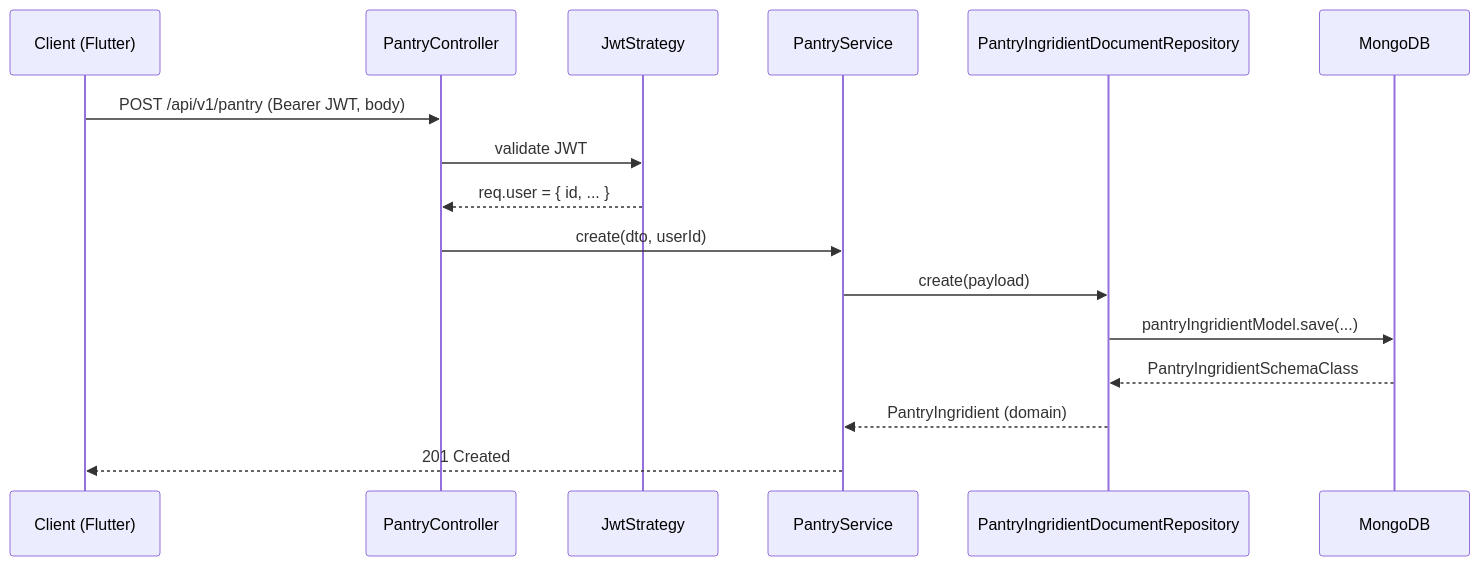
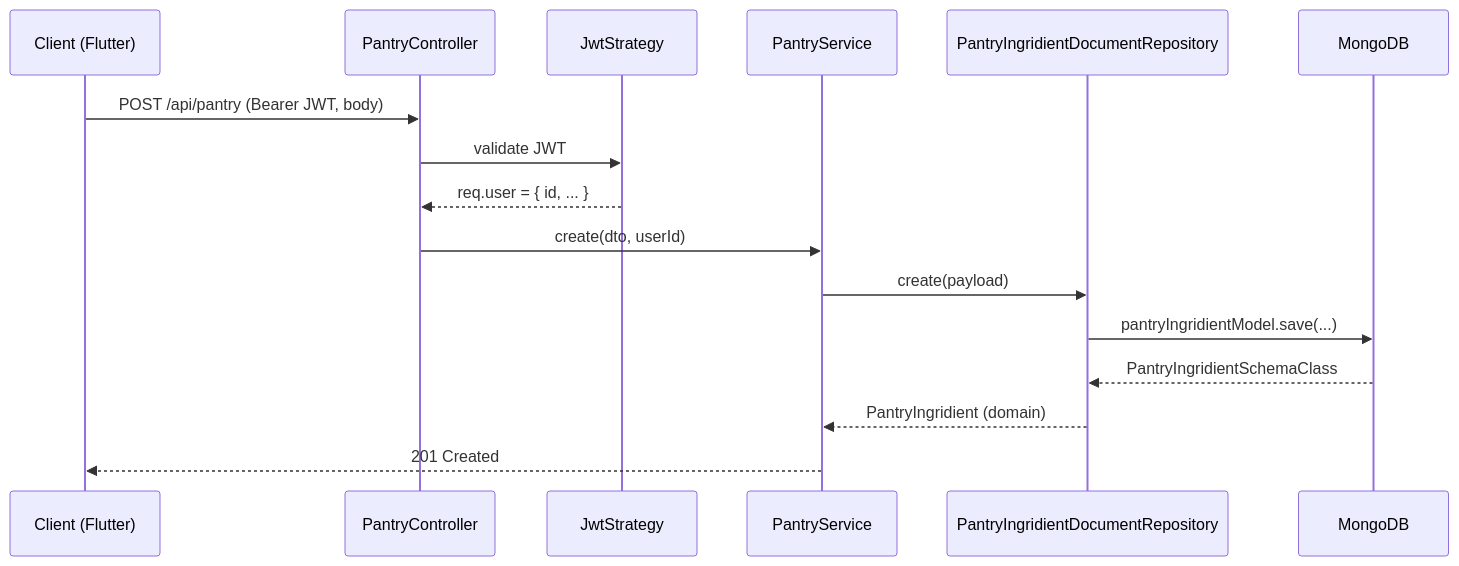
Before and after one commit to blitzy-public-samples/pantry-chef-traditional: the diagram in backend/src/pantry/README.md, drawn with Mermaid. The commit also changed other lines of this file and 42 other files, not shown here.

````diff
--- a/backend/src/pantry/README.md
+++ b/backend/src/pantry/README.md
@@ -65,18 +65,18 @@
 ```mermaid
 sequenceDiagram
     participant C as Client (Flutter)
     participant PC as PantryController
     participant J as JwtStrategy
     participant PS as PantryService
     participant PR as PantryIngridientDocumentRepository
     participant DB as MongoDB
-    C->>PC: POST /api/v1/pantry (Bearer JWT, body)
+    C->>PC: POST /api/pantry (Bearer JWT, body)
     PC->>J: validate JWT
     J-->>PC: req.user = { id, ... }
     PC->>PS: create(dto, userId)
     PS->>PR: create(payload)
     PR->>DB: pantryIngridientModel.save(...)
     DB-->>PR: PantryIngridientSchemaClass
     PR-->>PS: PantryIngridient (domain)
     PS-->>C: 201 Created
 ```
````
